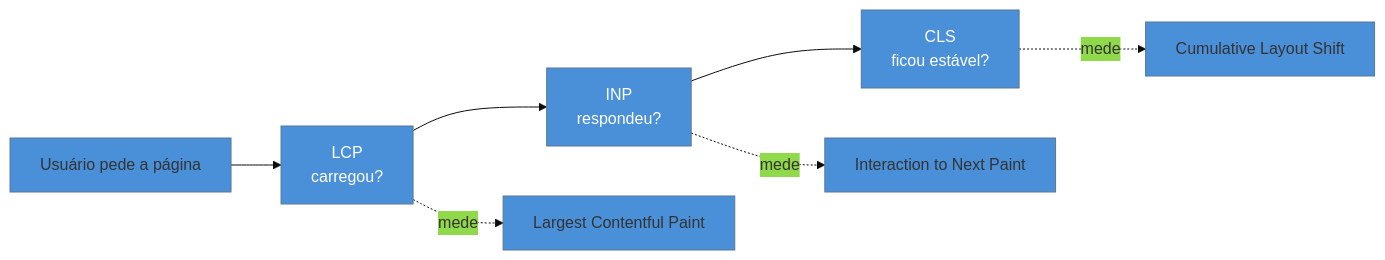
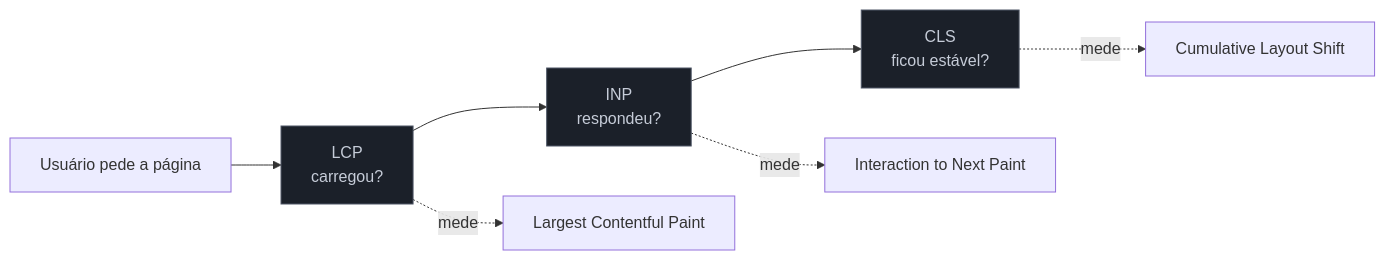
One commit to josenaldo/codex-technomanticus changed the diagram in 03-Dominios/Tecnologia/Web Performance/Medição e Core Web Vitals/02 - Os três Core Web Vitals.md. Above: the diagram before and after it, drawn with Mermaid. The commit also changed 1181 other files, not shown here.

First line of the commit message:
fix(diagramas): paleta do sistema no lugar de cor cravada no markdown

````diff
--- a/03-Dominios/Tecnologia/Web Performance/Medição e Core Web Vitals/02 - Os três Core Web Vitals.md
+++ b/03-Dominios/Tecnologia/Web Performance/Medição e Core Web Vitals/02 - Os três Core Web Vitals.md
@@ -32,13 +32,13 @@
 ```mermaid
-%%{init: {"theme": "base", "themeVariables": {"primaryColor": "#4A90D9"}}}%%
 graph LR
+    classDef neutro fill:#1B2029,stroke:#4E5666,color:#C6CCD8
     A[Usuário pede a página] --> B["LCP<br/>carregou?"]
     B --> C["INP<br/>respondeu?"]
     C --> D["CLS<br/>ficou estável?"]
     B -.mede.-> B1[Largest Contentful Paint]
     C -.mede.-> C1[Interaction to Next Paint]
     D -.mede.-> D1[Cumulative Layout Shift]
-    style B fill:#4A90D9,color:#fff
-    style C fill:#4A90D9,color:#fff
-    style D fill:#4A90D9,color:#fff
+    class B neutro
+    class C neutro
+    class D neutro
 ```
````
